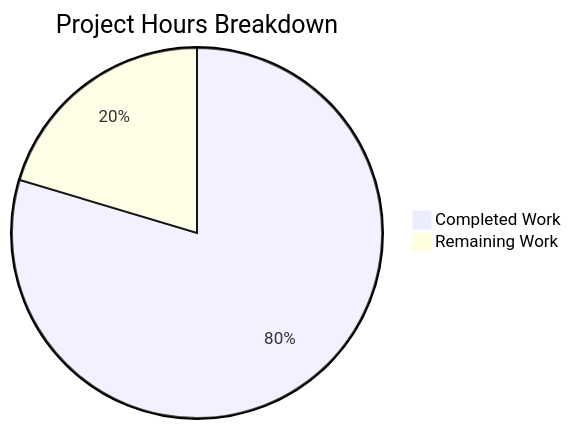
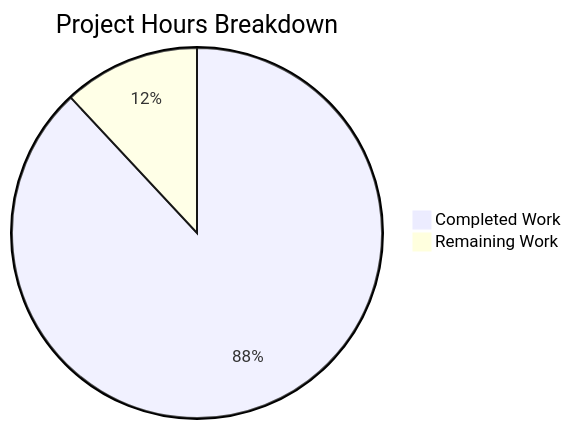
One commit to prasad-blitzy/material-ui-component-lib-project-1 changed the diagram in blitzy/documentation/Project Guide.md. Above: the diagram before and after it, drawn with Mermaid. The commit also changed other lines of this file, not shown here.

Commit message:
Adding Blitzy Project Guide: Project Status and Human Tasks Remaining

````diff
--- a/blitzy/documentation/Project Guide.md
+++ b/blitzy/documentation/Project Guide.md
@@ -68,5 +125,5 @@
 ```mermaid
 pie title Project Hours Breakdown
-    "Completed Work" : 86
-    "Remaining Work" : 22
+    "Completed Work" : 118
+    "Remaining Work" : 16
 ```
````
